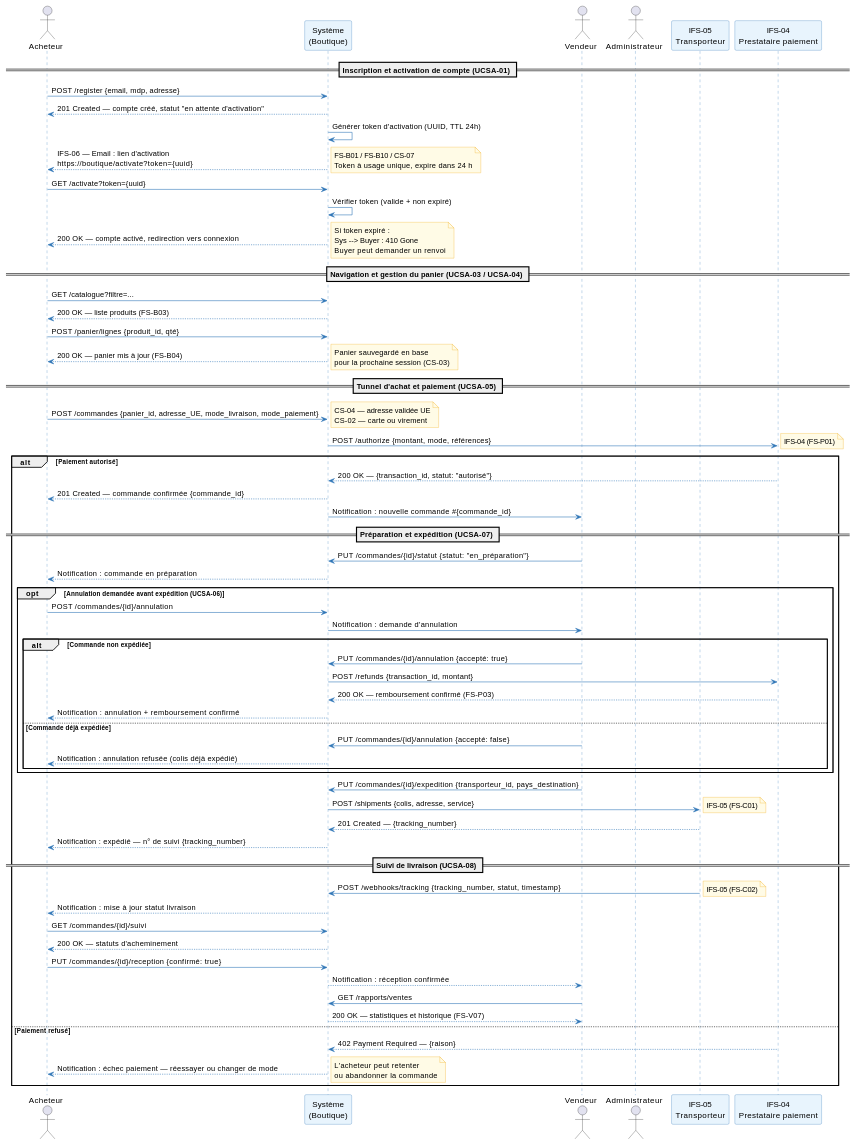
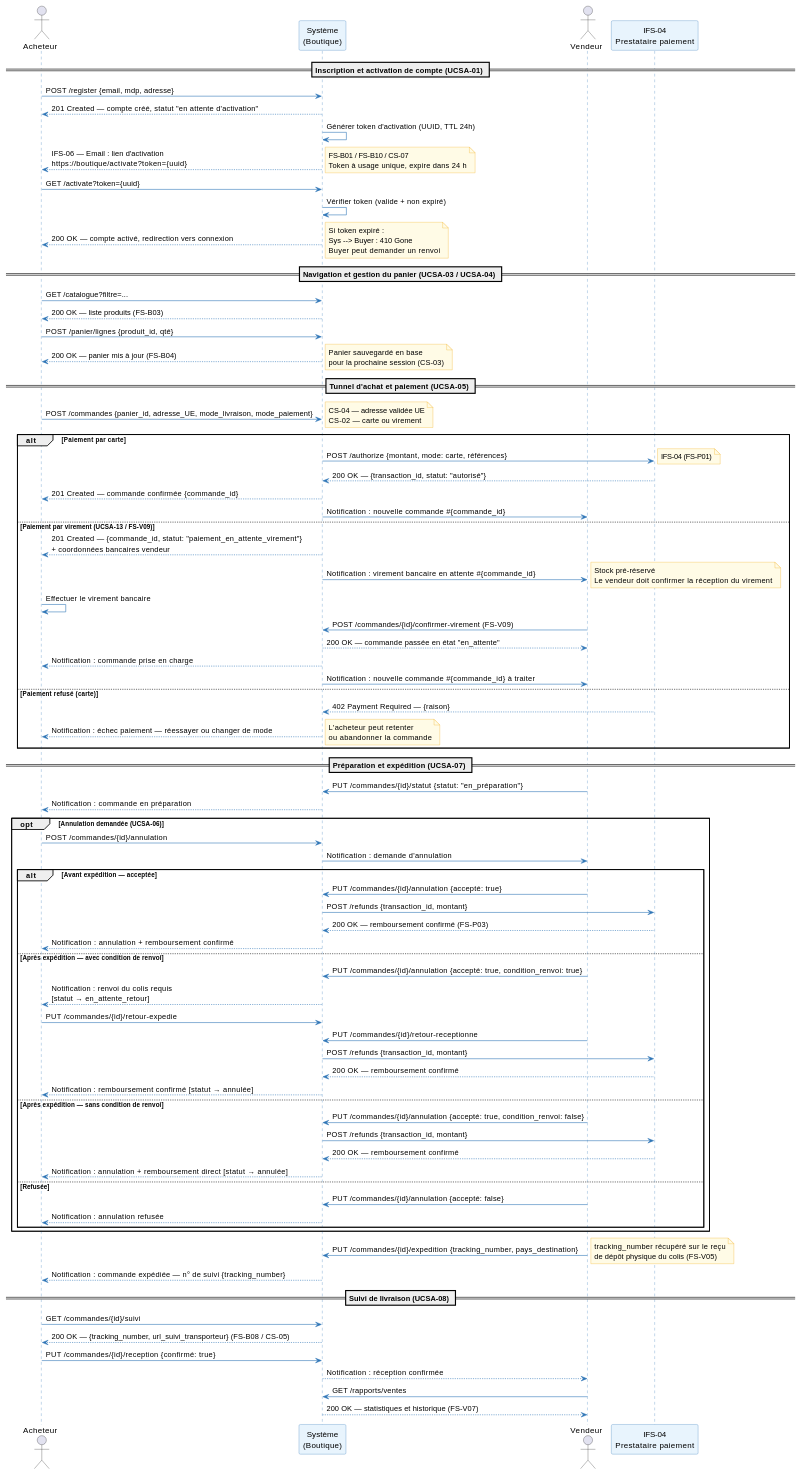
One commit to louistalvande/online_shop changed the third of 5 diagrams in architecture/02-system-analysis/sa.adoc. Above: the diagram before and after it, drawn with PlantUML. The commit also changed other lines of this file and 4 other files, not shown here.

```diff
--- a/architecture/02-system-analysis/sa.adoc
+++ b/architecture/02-system-analysis/sa.adoc
@@ -845,8 +950,6 @@
 actor Acheteur as Buyer
 participant "Système\n(Boutique)" as Sys
 actor Vendeur as Vendor
-actor Administrateur as Admin
-participant "IFS-05\nTransporteur" as Carrier
 participant "IFS-04\nPrestataire paiement" as Payment
 
 == Inscription et activation de compte (UCSA-01) ==
@@ -873,55 +976,71 @@
 Buyer -> Sys : POST /commandes {panier_id, adresse_UE, mode_livraison, mode_paiement}
 note right : CS-04 — adresse validée UE\nCS-02 — carte ou virement
 
-Sys -> Payment : POST /authorize {montant, mode, références}
-note right : IFS-04 (FS-P01)
-
-alt Paiement autorisé
+alt Paiement par carte
+  Sys -> Payment : POST /authorize {montant, mode: carte, références}
+  note right : IFS-04 (FS-P01)
   Payment --> Sys : 200 OK — {transaction_id, statut: "autorisé"}
   Sys --> Buyer : 201 Created — commande confirmée {commande_id}
   Sys -> Vendor : Notification : nouvelle commande #{commande_id}
+
+else Paiement par virement (UCSA-13 / FS-V09)
+  Sys --> Buyer : 201 Created — {commande_id, statut: "paiement_en_attente_virement"}\n+ coordonnées bancaires vendeur
+  Sys -> Vendor : Notification : virement bancaire en attente #{commande_id}
+  note right : Stock pré-réservé\nLe vendeur doit confirmer la réception du virement
+  Buyer -> Buyer : Effectuer le virement bancaire
+  Vendor -> Sys : POST /commandes/{id}/confirmer-virement (FS-V09)
+  Sys --> Vendor : 200 OK — commande passée en état "en_attente"
+  Sys --> Buyer : Notification : commande prise en charge
+  Sys -> Vendor : Notification : nouvelle commande #{commande_id} à traiter
+
+else Paiement refusé (carte)
+  Payment --> Sys : 402 Payment Required — {raison}
+  Sys --> Buyer : Notification : échec paiement — réessayer ou changer de mode
+  note right : L'acheteur peut retenter\nou abandonner la commande
+end
 
   == Préparation et expédition (UCSA-07) ==
   Vendor -> Sys : PUT /commandes/{id}/statut {statut: "en_préparation"}
   Sys --> Buyer : Notification : commande en préparation
 
-  opt Annulation demandée avant expédition (UCSA-06)
+  opt Annulation demandée (UCSA-06)
     Buyer -> Sys : POST /commandes/{id}/annulation
     Sys -> Vendor : Notification : demande d'annulation
-    alt Commande non expédiée
+    alt Avant expédition — acceptée
       Vendor -> Sys : PUT /commandes/{id}/annulation {accepté: true}
       Sys -> Payment : POST /refunds {transaction_id, montant}
       Payment --> Sys : 200 OK — remboursement confirmé (FS-P03)
       Sys --> Buyer : Notification : annulation + remboursement confirmé
-    else Commande déjà expédiée
+    else Après expédition — avec condition de renvoi
+      Vendor -> Sys : PUT /commandes/{id}/annulation {accepté: true, condition_renvoi: true}
+      Sys --> Buyer : Notification : renvoi du colis requis\n[statut → en_attente_retour]
+      Buyer -> Sys : PUT /commandes/{id}/retour-expedie
+      Vendor -> Sys : PUT /commandes/{id}/retour-receptionne
+      Sys -> Payment : POST /refunds {transaction_id, montant}
+      Payment --> Sys : 200 OK — remboursement confirmé
+      Sys --> Buyer : Notification : remboursement confirmé [statut → annulée]
+    else Après expédition — sans condition de renvoi
+      Vendor -> Sys : PUT /commandes/{id}/annulation {accepté: true, condition_renvoi: false}
+      Sys -> Payment : POST /refunds {transaction_id, montant}
+      Payment --> Sys : 200 OK — remboursement confirmé
+      Sys --> Buyer : Notification : annulation + remboursement direct [statut → annulée]
+    else Refusée
       Vendor -> Sys : PUT /commandes/{id}/annulation {accepté: false}
-      Sys --> Buyer : Notification : annulation refusée (colis déjà expédié)
+      Sys --> Buyer : Notification : annulation refusée
     end
   end
 
-  Vendor -> Sys : PUT /commandes/{id}/expedition {transporteur_id, pays_destination}
-  Sys -> Carrier : POST /shipments {colis, adresse, service}
-  note right : IFS-05 (FS-C01)
-  Carrier --> Sys : 201 Created — {tracking_number}
-  Sys --> Buyer : Notification : expédié — n° de suivi {tracking_number}
+  Vendor -> Sys : PUT /commandes/{id}/expedition {tracking_number, pays_destination}
+  note right : tracking_number récupéré sur le reçu\nde dépôt physique du colis (FS-V05)
+  Sys --> Buyer : Notification : commande expédiée — n° de suivi {tracking_number}
 
   == Suivi de livraison (UCSA-08) ==
-  Carrier -> Sys : POST /webhooks/tracking {tracking_number, statut, timestamp}
-  note right : IFS-05 (FS-C02)
-  Sys --> Buyer : Notification : mise à jour statut livraison
-
   Buyer -> Sys : GET /commandes/{id}/suivi
-  Sys --> Buyer : 200 OK — statuts d'acheminement
+  Sys --> Buyer : 200 OK — {tracking_number, url_suivi_transporteur} (FS-B08 / CS-05)
 
   Buyer -> Sys : PUT /commandes/{id}/reception {confirmé: true}
   Sys --> Vendor : Notification : réception confirmée
 
   Vendor -> Sys : GET /rapports/ventes
   Sys --> Vendor : 200 OK — statistiques et historique (FS-V07)
-
-else Paiement refusé
-  Payment --> Sys : 402 Payment Required — {raison}
-  Sys --> Buyer : Notification : échec paiement — réessayer ou changer de mode
-  note right : L'acheteur peut retenter\nou abandonner la commande
-end
 ----
```
